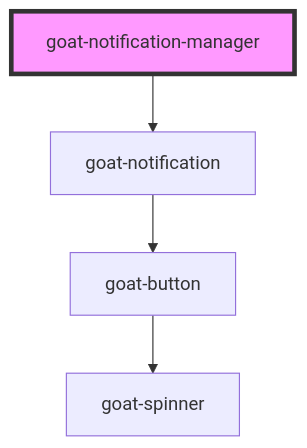
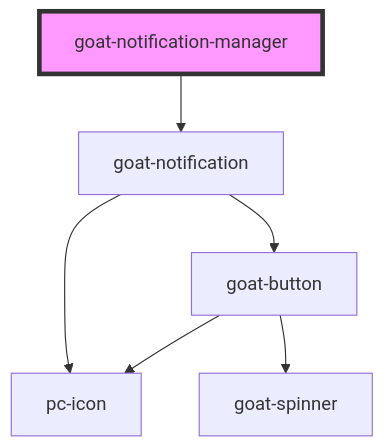
Before and after one commit to redvars/peacock: the diagram in src/components/notification-manager/readme.md, drawn with Mermaid. The commit also changed 64 other files, not shown here.

Commit message:
icon migrate from goat to peacock

````diff
--- a/src/components/notification-manager/readme.md
+++ b/src/components/notification-manager/readme.md
@@ -23,7 +23,9 @@
 ```mermaid
 graph TD;
   goat-notification-manager --> goat-notification
+  goat-notification --> pc-icon
   goat-notification --> goat-button
   goat-button --> goat-spinner
+  goat-button --> pc-icon
   style goat-notification-manager fill:#f9f,stroke:#333,stroke-width:4px
 ```
````
